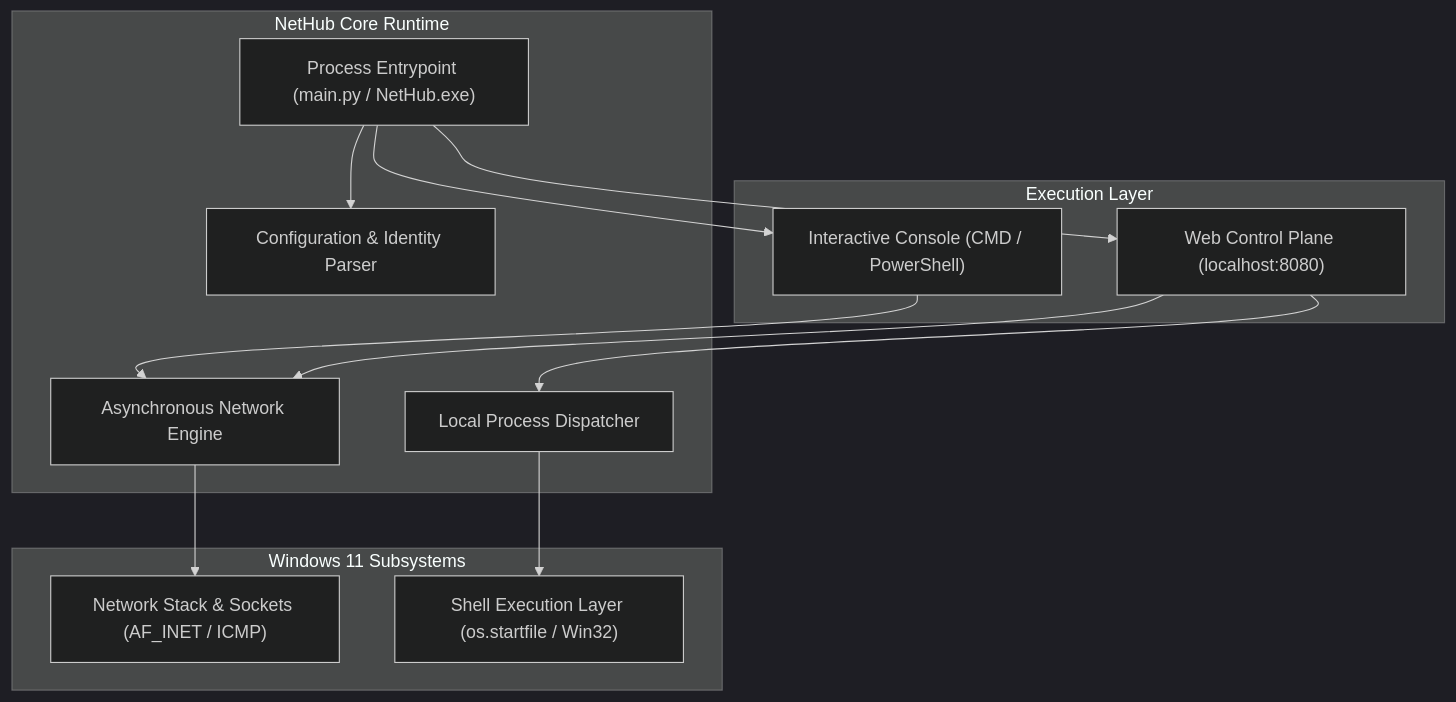
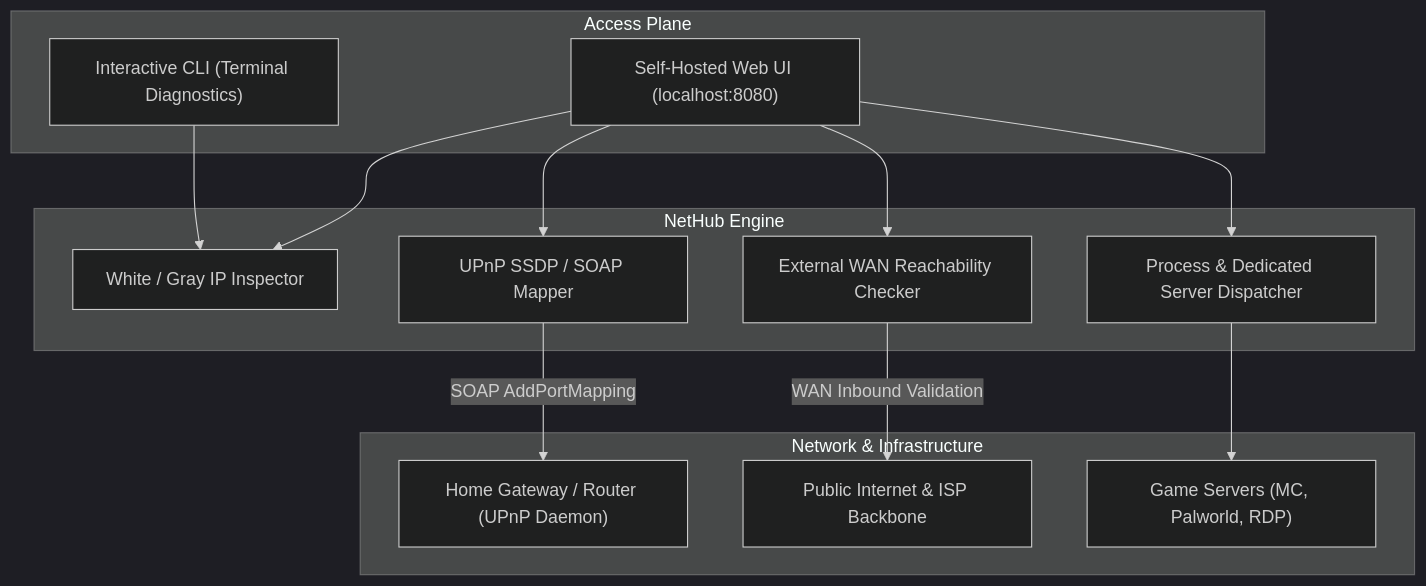
One commit to Frozen-starTony/nethub changed the diagram in README.md. Above: the diagram before and after it, drawn with Mermaid (dark theme). The commit also changed other lines of this file and 8 other files, not shown here.

Commit message:
feat: add white ip analyzer, 1-click upnp port forwarding and self-hosting guide

````diff
--- a/README.md
+++ b/README.md
@@ -32,30 +33,30 @@
 ```mermaid
 flowchart TD
-    subgraph Client["Execution Layer"]
-        CLI["Interactive Console (CMD / PowerShell)"]
-        Browser["Web Control Plane (localhost:8080)"]
+    subgraph Client["Access Plane"]
+        CLI["Interactive CLI (Terminal Diagnostics)"]
+        Browser["Self-Hosted Web UI (localhost:8080)"]
     end
 
-    subgraph Core["NetHub Core Runtime"]
-        Entry["Process Entrypoint (main.py / NetHub.exe)"]
-        ConfigMgr["Configuration & Identity Parser"]
-        NetEngine["Asynchronous Network Engine"]
-        ProcLauncher["Local Process Dispatcher"]
+    subgraph Core["NetHub Engine"]
+        Inspector["White / Gray IP Inspector"]
+        UPnPEngine["UPnP SSDP / SOAP Mapper"]
+        Probe["External WAN Reachability Checker"]
+        Launcher["Process & Dedicated Server Dispatcher"]
     end
 
-    subgraph Subsystems["Windows 11 Subsystems"]
-        WinNet["Network Stack & Sockets (AF_INET / ICMP)"]
-        WinProc["Shell Execution Layer (os.startfile / Win32)"]
+    subgraph External["Network & Infrastructure"]
+        Router["Home Gateway / Router (UPnP Daemon)"]
+        Internet["Public Internet & ISP Backbone"]
+        Services["Game Servers (MC, Palworld, RDP)"]
     end
 
-    Entry --> ConfigMgr
-    Entry --> CLI
-    Entry --> Browser
-    
-    CLI --> NetEngine
-    Browser --> NetEngine
-    Browser --> ProcLauncher
+    CLI --> Inspector
+    Browser --> Inspector
+    Browser --> UPnPEngine
+    Browser --> Probe
+    Browser --> Launcher
 
-    NetEngine --> WinNet
-    ProcLauncher --> WinProc
+    UPnPEngine -->|SOAP AddPortMapping| Router
+    Probe -->|WAN Inbound Validation| Internet
+    Launcher --> Services
 ```
````
